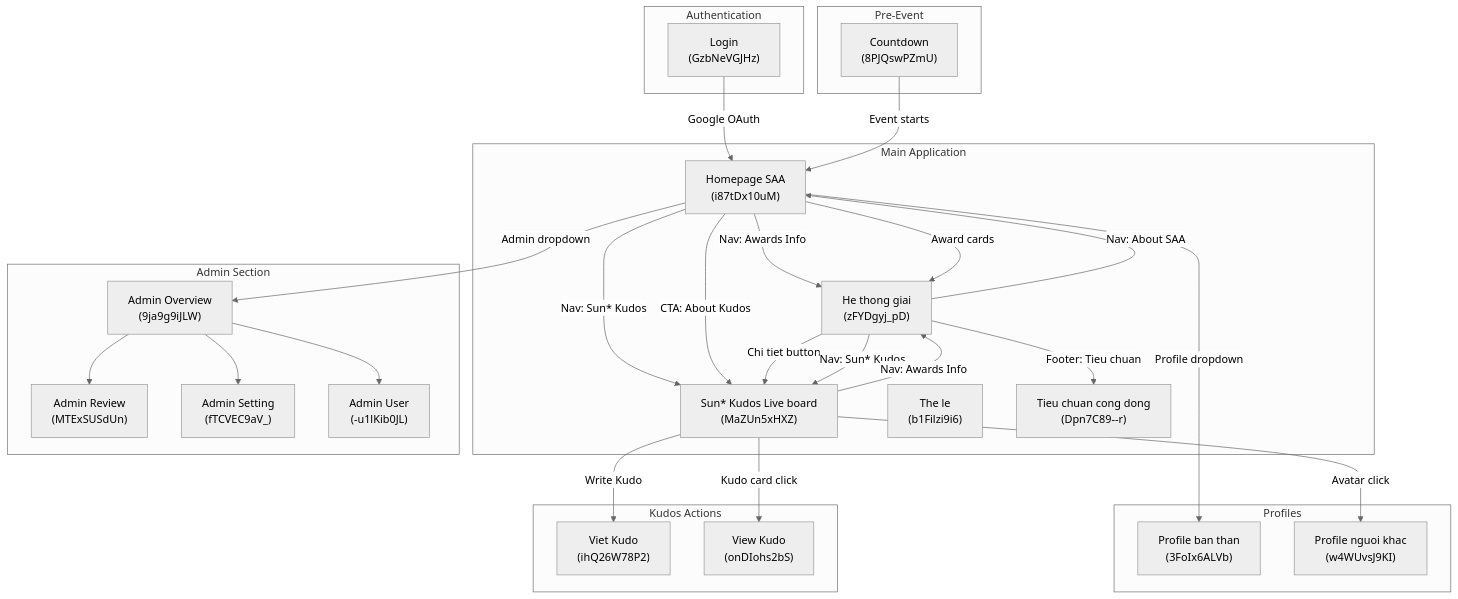
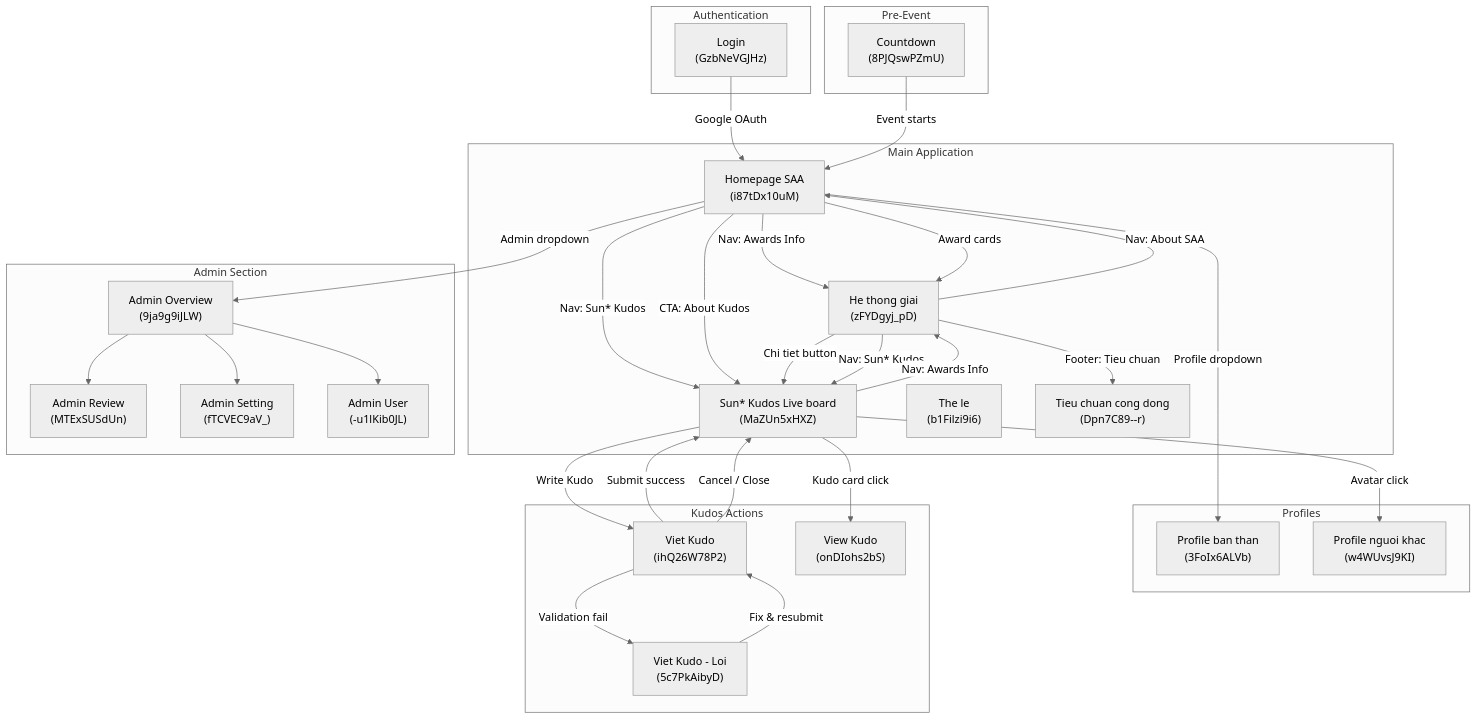
The diagram in .momorph/SCREENFLOW.md (hungnn-2617/agentic-coding-hands-on), drawn with Mermaid (neutral theme) before and after one commit. The commit also changed other lines of this file and 52 other files, not shown here.

Commit message:
feat(08): write kudo

````diff
--- a/.momorph/SCREENFLOW.md
+++ b/.momorph/SCREENFLOW.md
@@ -487,55 +650,60 @@
 ```mermaid
 flowchart TD
     subgraph Auth["Authentication"]
         Login["Login\n(GzbNeVGJHz)"]
     end
 
     subgraph PreEvent["Pre-Event"]
         Countdown["Countdown\n(8PJQswPZmU)"]
     end
 
     subgraph Main["Main Application"]
         Homepage["Homepage SAA\n(i87tDx10uM)"]
         PrizeSystem["He thong giai\n(zFYDgyj_pD)"]
         KudosBoard["Sun* Kudos Live board\n(MaZUn5xHXZ)"]
         TheLe["The le\n(b1Filzi9i6)"]
         TieuChuan["Tieu chuan cong dong\n(Dpn7C89--r)"]
     end
 
     subgraph Profile["Profiles"]
         MyProfile["Profile ban than\n(3FoIx6ALVb)"]
         OtherProfile["Profile nguoi khac\n(w4WUvsJ9KI)"]
     end
 
     subgraph Kudos["Kudos Actions"]
         WriteKudo["Viet Kudo\n(ihQ26W78P2)"]
         ViewKudo["View Kudo\n(onDIohs2bS)"]
+        WriteKudoError["Viet Kudo - Loi\n(5c7PkAibyD)"]
     end
 
     subgraph Admin["Admin Section"]
         AdminOverview["Admin Overview\n(9ja9g9iJLW)"]
         AdminReview["Admin Review\n(MTExSUSdUn)"]
         AdminSetting["Admin Setting\n(fTCVEC9aV_)"]
         AdminUser["Admin User\n(-u1lKib0JL)"]
     end
 
     Login -->|Google OAuth| Homepage
     Countdown -->|Event starts| Homepage
     Homepage -->|Nav: Awards Info| PrizeSystem
     Homepage -->|Nav: Sun* Kudos| KudosBoard
     Homepage -->|Award cards| PrizeSystem
     Homepage -->|CTA: About Kudos| KudosBoard
     PrizeSystem -->|Chi tiet button| KudosBoard
     PrizeSystem -->|Nav: About SAA| Homepage
     PrizeSystem -->|Nav: Sun* Kudos| KudosBoard
     PrizeSystem -->|Footer: Tieu chuan| TieuChuan
     KudosBoard -->|Write Kudo| WriteKudo
     KudosBoard -->|Kudo card click| ViewKudo
     KudosBoard -->|Avatar click| OtherProfile
     KudosBoard -->|Nav: Awards Info| PrizeSystem
+    WriteKudo -->|Submit success| KudosBoard
+    WriteKudo -->|Cancel / Close| KudosBoard
+    WriteKudo -->|Validation fail| WriteKudoError
+    WriteKudoError -->|Fix & resubmit| WriteKudo
     Homepage -->|Profile dropdown| MyProfile
     Homepage -->|Admin dropdown| AdminOverview
     AdminOverview --> AdminReview
     AdminOverview --> AdminSetting
     AdminOverview --> AdminUser
 ```
````
